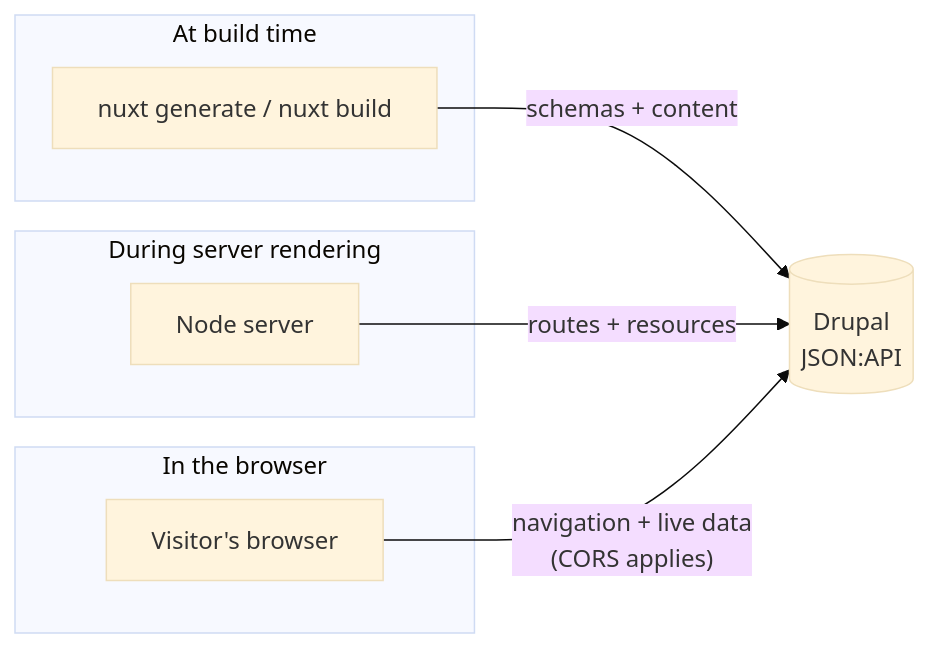
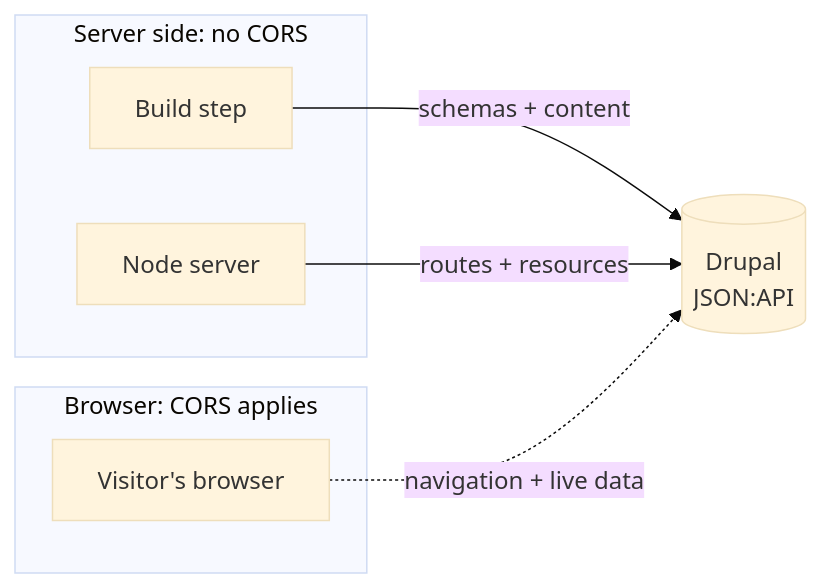
The diagram in docs/nuxt/content/explanation/request-topology.md (druxt/druxt.js), drawn with Mermaid (base theme) before and after one commit. The commit also changed 3 other files, not shown here.

Commit message:
docs: apply the diagram design round to the mermaid sources

````diff
--- a/docs/nuxt/content/explanation/request-topology.md
+++ b/docs/nuxt/content/explanation/request-topology.md
@@ -22,17 +22,15 @@
 ```mermaid
-%% The three request contexts. Only browser requests cross the CORS boundary.
+%% The three request contexts. Only the browser's requests cross the CORS boundary.
 flowchart LR
-  subgraph once [At build time]
-    G["nuxt generate / nuxt build"]
-  end
-  subgraph perRequest [During server rendering]
+  subgraph server [Server side: no CORS]
+    G[Build step]
     S[Node server]
   end
-  subgraph client [In the browser]
+  subgraph browser [Browser: CORS applies]
     V[Visitor's browser]
   end
   D[("Drupal<br>JSON:API")]
   G -->|"schemas + content"| D
   S -->|"routes + resources"| D
-  V -->|"navigation + live data<br>(CORS applies)"| D
+  V -.->|"navigation + live data"| D
 ```
````
